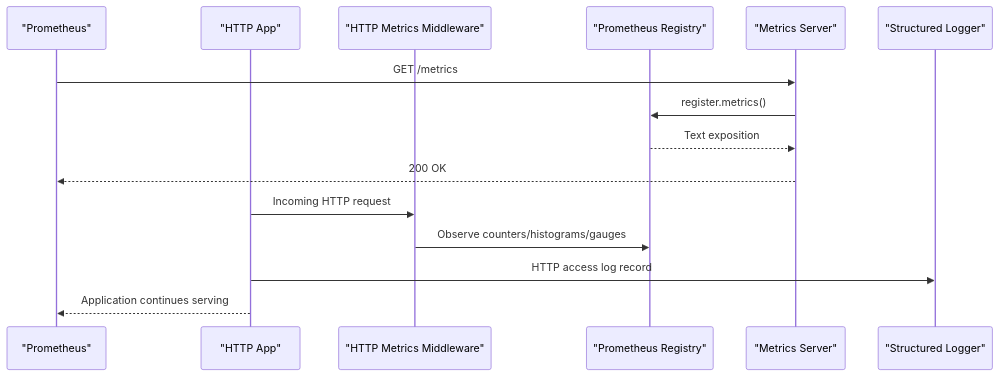
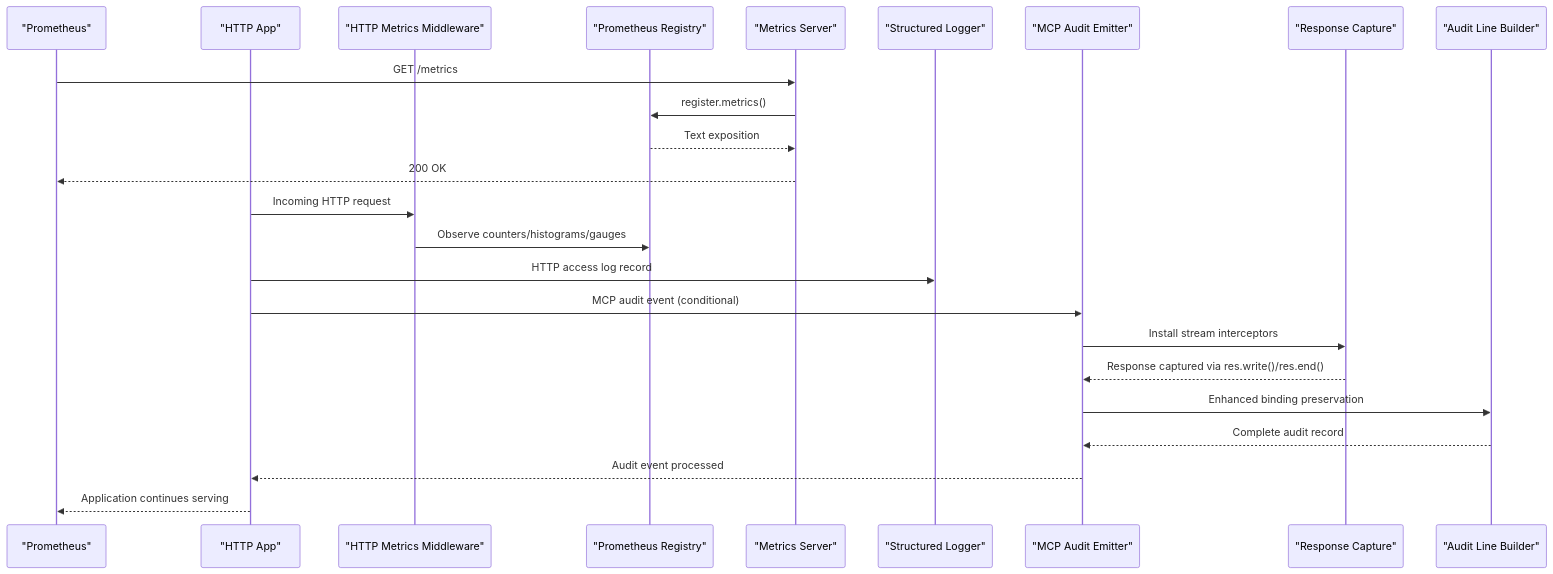
Before and after one commit to debian777/kairos-mcp: the second of 7 diagrams in .qoder/repowiki/en/content/Monitoring & Observability.md, drawn with Mermaid. The commit also changed other lines of this file and 44 other files, not shown here.

````diff
--- a/.qoder/repowiki/en/content/Monitoring & Observability.md
+++ b/.qoder/repowiki/en/content/Monitoring & Observability.md
@@ -128,17 +173,26 @@
 ```mermaid
 sequenceDiagram
 participant Prom as "Prometheus"
 participant App as "HTTP App"
 participant MW as "HTTP Metrics Middleware"
 participant Reg as "Prometheus Registry"
 participant Met as "Metrics Server"
 participant Log as "Structured Logger"
+participant Audit as "MCP Audit Emitter"
+participant Resp as "Response Capture"
+participant Builder as "Audit Line Builder"
 Prom->>Met : GET /metrics
 Met->>Reg : register.metrics()
 Reg-->>Met : Text exposition
 Met-->>Prom : 200 OK
 App->>MW : Incoming HTTP request
 MW->>Reg : Observe counters/histograms/gauges
 App->>Log : HTTP access log record
+App->>Audit : MCP audit event (conditional)
+Audit->>Resp : Install stream interceptors
+Resp-->>Audit : Response captured via res.write()/res.end()
+Audit->>Builder : Enhanced binding preservation
+Builder-->>Audit : Complete audit record
+Audit-->>App : Audit event processed
 App-->>Prom : Application continues serving
 ```
````
